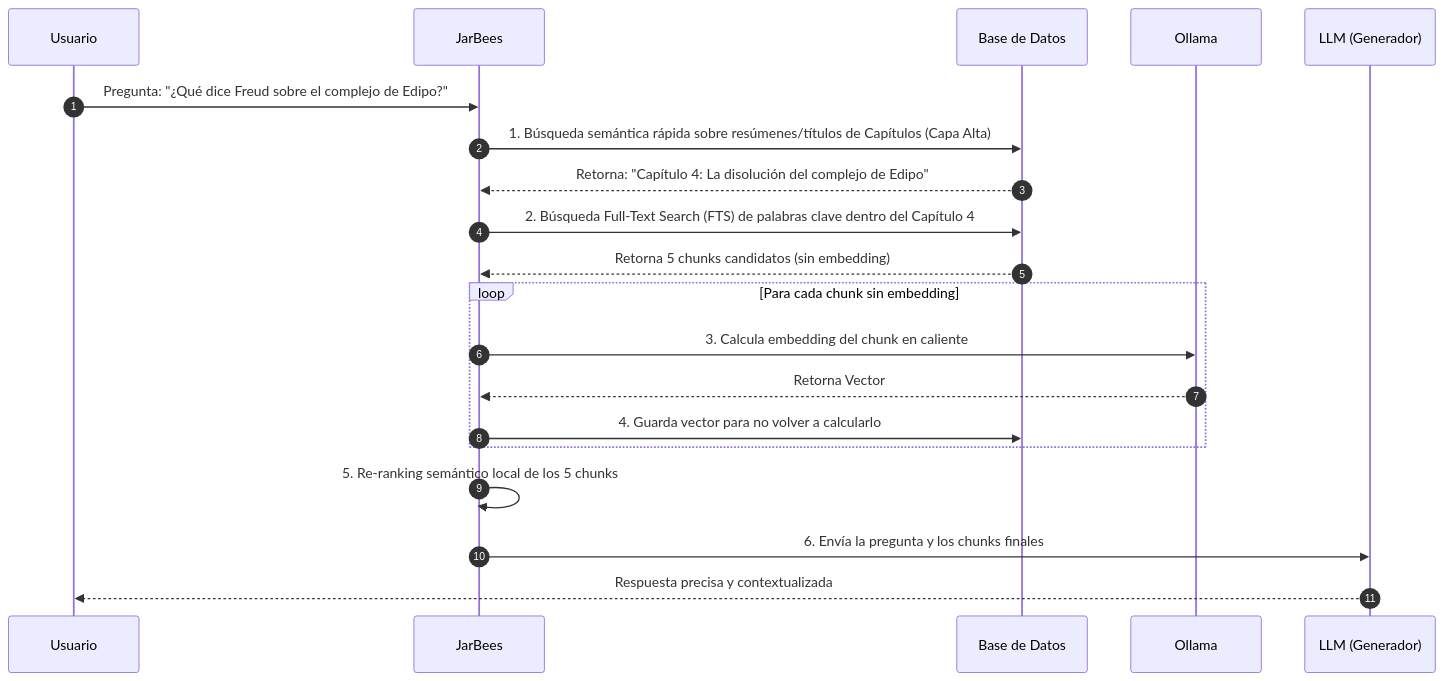
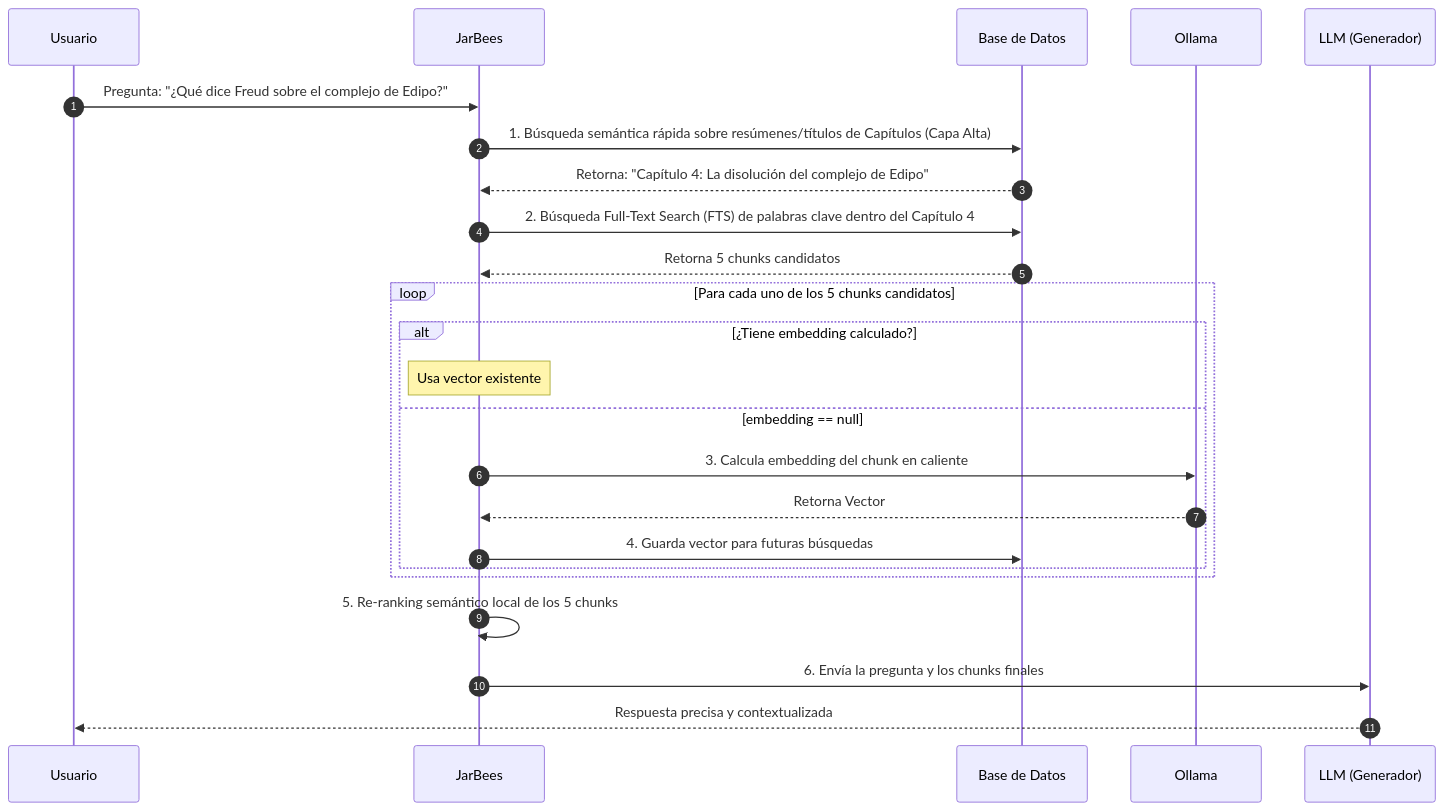
The second of 2 diagrams in docs/embeddings_perezosos.md (ifernandez89/productos_crud_bkd), drawn with Mermaid before and after one commit. The commit also changed other lines of this file, not shown here.

````diff
--- a/docs/embeddings_perezosos.md
+++ b/docs/embeddings_perezosos.md
@@ -120,17 +122,21 @@
 ```mermaid
 sequenceDiagram
     autonumber
     Usuario->>JarBees: Pregunta: "¿Qué dice Freud sobre el complejo de Edipo?"
     JarBees->>Base de Datos: 1. Búsqueda semántica rápida sobre resúmenes/títulos de Capítulos (Capa Alta)
     Base de Datos-->>JarBees: Retorna: "Capítulo 4: La disolución del complejo de Edipo"
     JarBees->>Base de Datos: 2. Búsqueda Full-Text Search (FTS) de palabras clave dentro del Capítulo 4
-    Base de Datos-->>JarBees: Retorna 5 chunks candidatos (sin embedding)
-    Loop Para cada chunk sin embedding
-        JarBees->>Ollama: 3. Calcula embedding del chunk en caliente
-        Ollama-->>JarBees: Retorna Vector
-        JarBees->>Base de Datos: 4. Guarda vector para no volver a calcularlo
+    Base de Datos-->>JarBees: Retorna 5 chunks candidatos
+    Loop Para cada uno de los 5 chunks candidatos
+        alt ¿Tiene embedding calculado?
+            Note over JarBees: Usa vector existente
+        else embedding == null
+            JarBees->>Ollama: 3. Calcula embedding del chunk en caliente
+            Ollama-->>JarBees: Retorna Vector
+            JarBees->>Base de Datos: 4. Guarda vector para futuras búsquedas
+        end
     End
     JarBees->>JarBees: 5. Re-ranking semántico local de los 5 chunks
     JarBees->>LLM (Generador): 6. Envía la pregunta y los chunks finales
     LLM (Generador)-->>Usuario: Respuesta precisa y contextualizada
 ```
````
